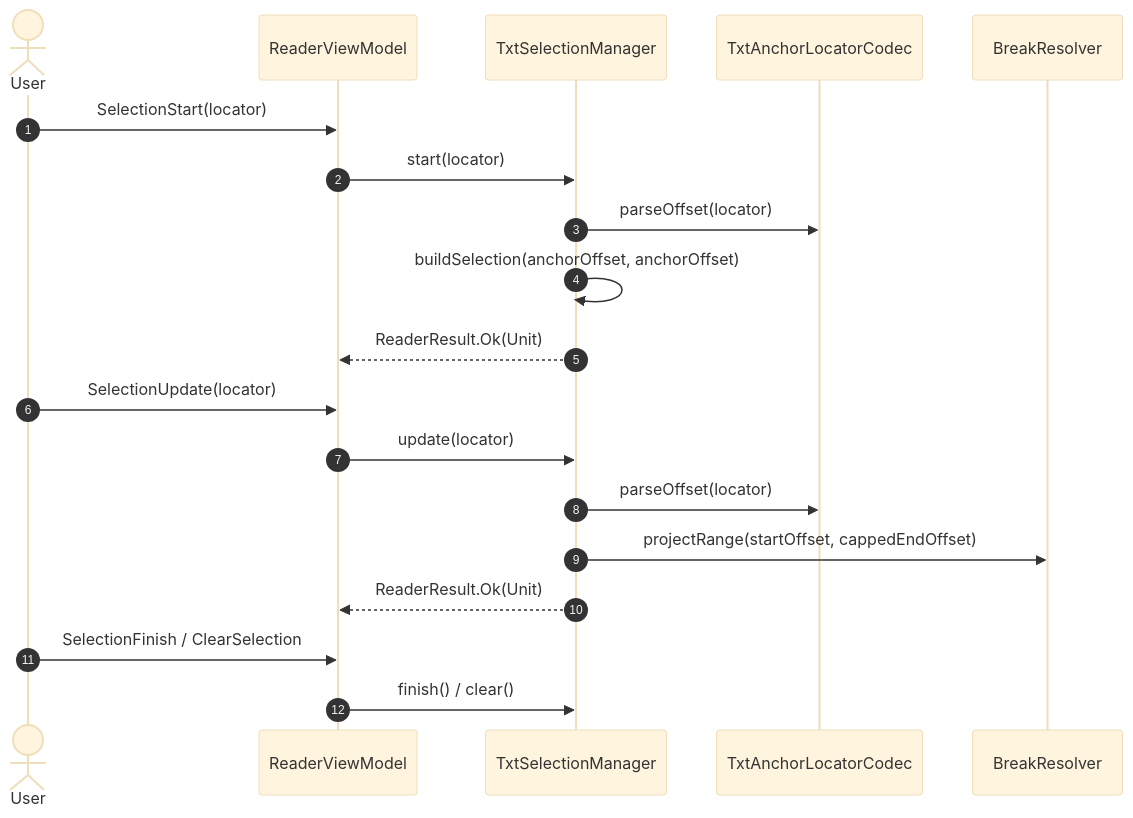
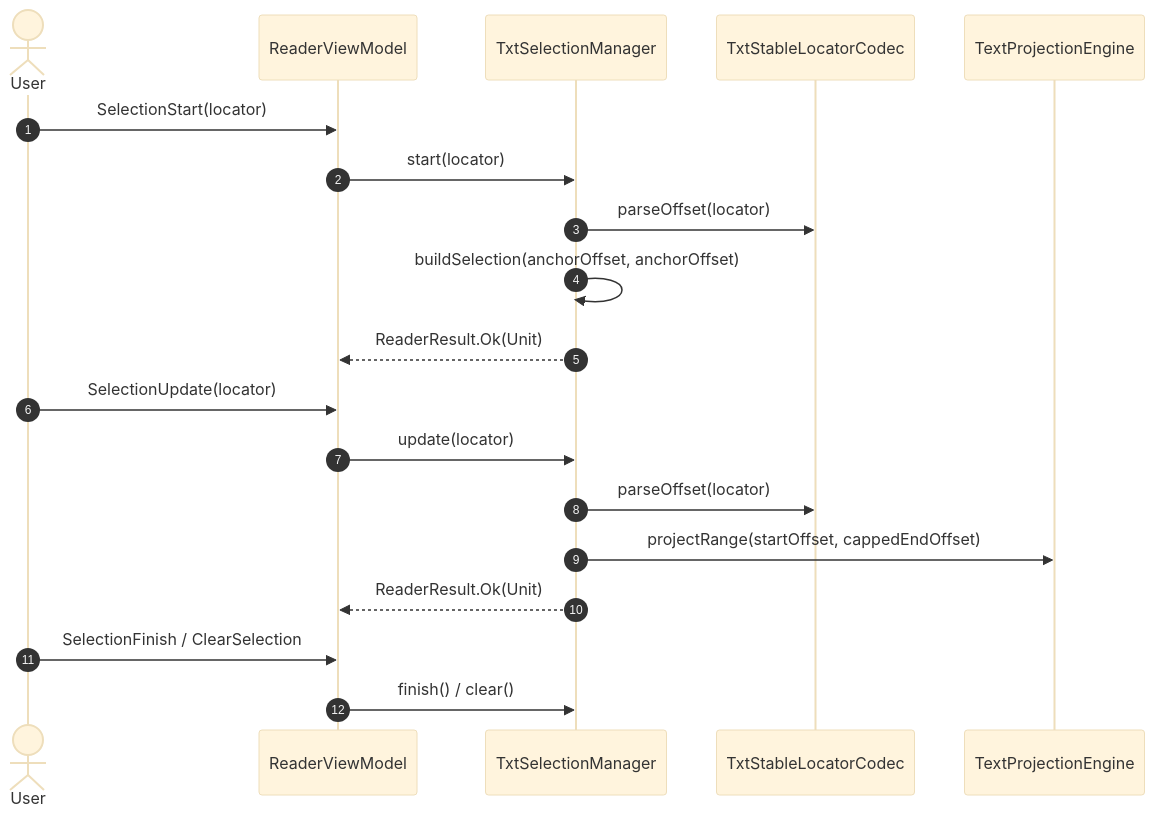
Before and after one commit to wuShan-n/iReader: the sixth of 8 diagrams in doc/txt-reading-sequence.md, drawn with Mermaid (base theme). The commit also changed other lines of this file and 102 other files, not shown here.

````diff
--- a/doc/txt-reading-sequence.md
+++ b/doc/txt-reading-sequence.md
@@ -397,24 +397,24 @@
 ```mermaid
 sequenceDiagram
     autonumber
     actor User as User
     participant VM as ReaderViewModel
     participant Selection as TxtSelectionManager
-    participant Locator as TxtAnchorLocatorCodec
-    participant BreakResolver as BreakResolver
+    participant Locator as TxtStableLocatorCodec
+    participant TextProjectionEngine as TextProjectionEngine
 
     User->>VM: SelectionStart(locator)
     VM->>Selection: start(locator)
     Selection->>Locator: parseOffset(locator)
     Selection->>Selection: buildSelection(anchorOffset, anchorOffset)
     Selection-->>VM: ReaderResult.Ok(Unit)
 
     User->>VM: SelectionUpdate(locator)
     VM->>Selection: update(locator)
     Selection->>Locator: parseOffset(locator)
-    Selection->>BreakResolver: projectRange(startOffset, cappedEndOffset)
+    Selection->>TextProjectionEngine: projectRange(startOffset, cappedEndOffset)
     Selection-->>VM: ReaderResult.Ok(Unit)
 
     User->>VM: SelectionFinish / ClearSelection
     VM->>Selection: finish() / clear()
 ```
````
